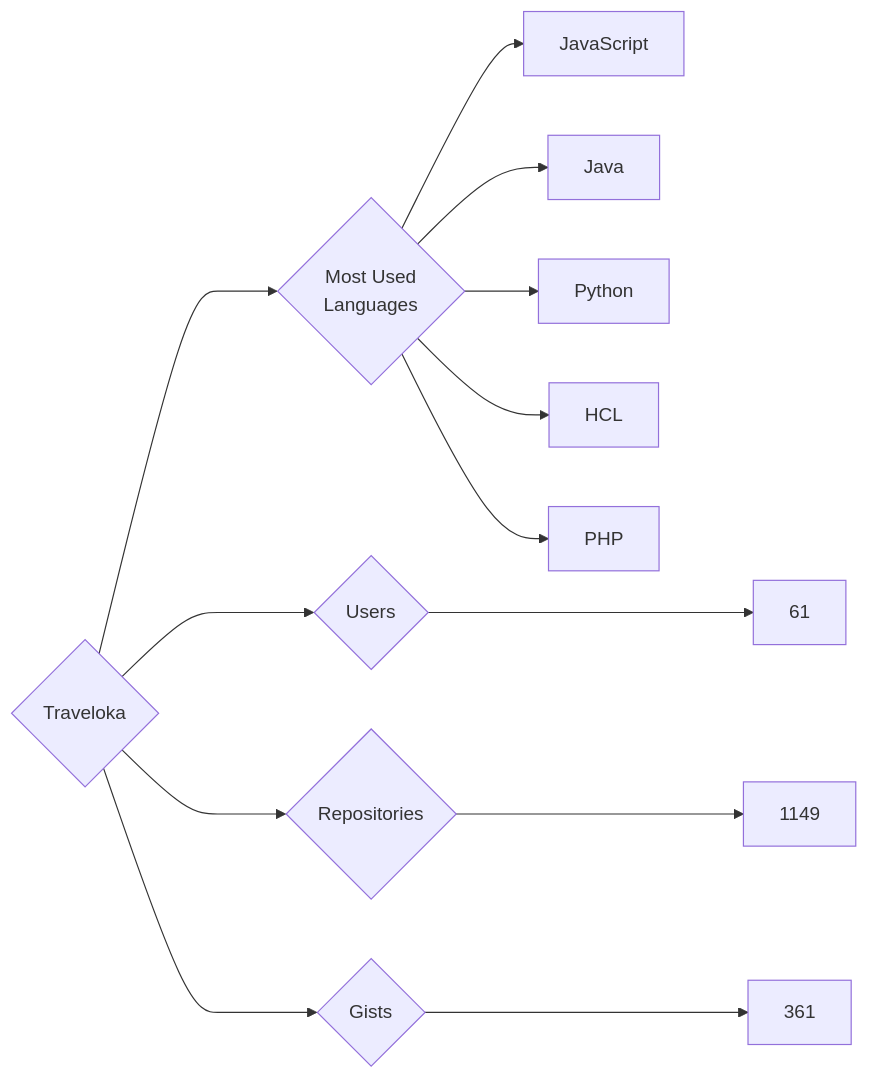
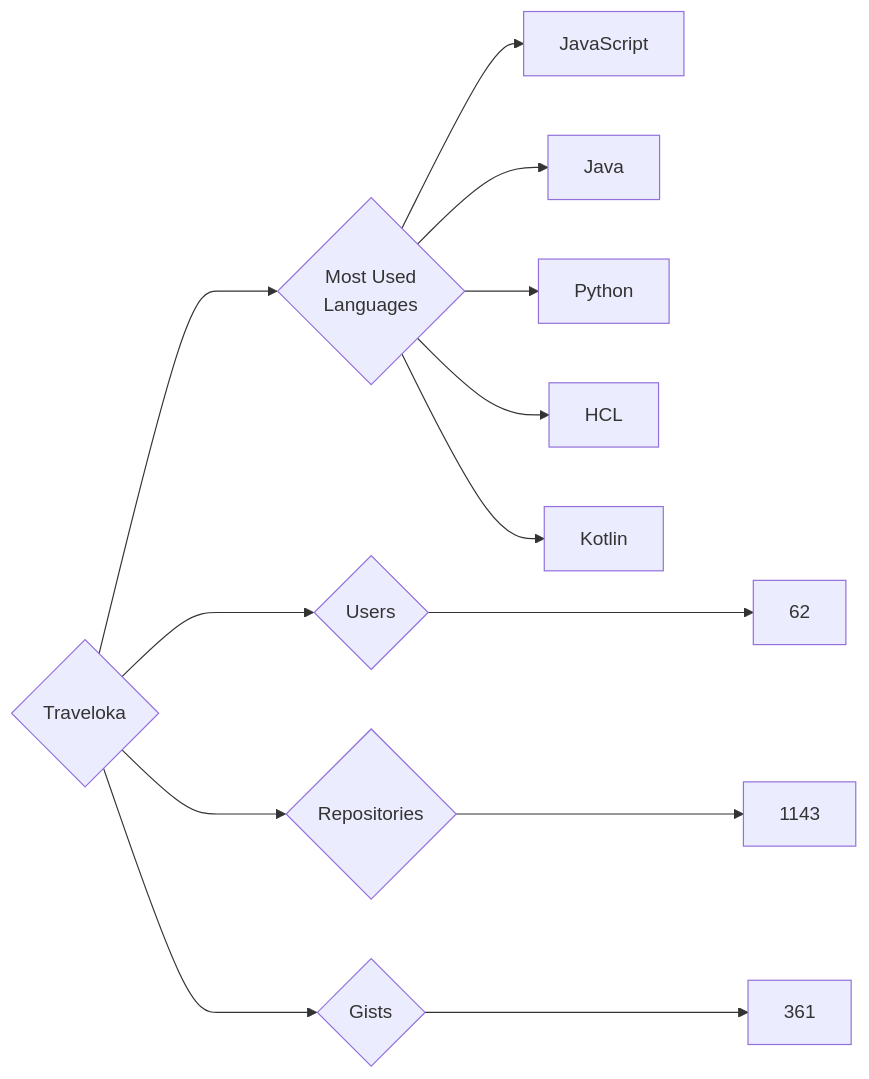
One commit to trickest/insiders changed the diagram in targets/Traveloka/README.md. Above: the diagram before and after it, drawn with Mermaid. The commit also changed 895 other files, not shown here.

````diff
--- a/targets/Traveloka/README.md
+++ b/targets/Traveloka/README.md
@@ -3,13 +3,13 @@
 ```mermaid
 graph LR
 COMPANY_NAME{Traveloka}
-COMPANY_NAME ---> U{Users} ---> UN[61]
-COMPANY_NAME ---> R{Repositories} ---> RN[1149]
+COMPANY_NAME ---> U{Users} ---> UN[62]
+COMPANY_NAME ---> R{Repositories} ---> RN[1143]
 COMPANY_NAME ---> G{Gists} ---> GN[361]
 COMPANY_NAME ---> ML{Most Used<br>Languages}
 ML --> JavaScript[JavaScript]
 ML --> Java[Java]
 ML --> Python[Python]
 ML --> HCL[HCL]
-ML --> PHP[PHP]
+ML --> Kotlin[Kotlin]
 ```
````
